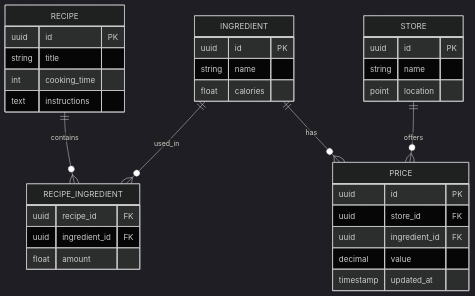
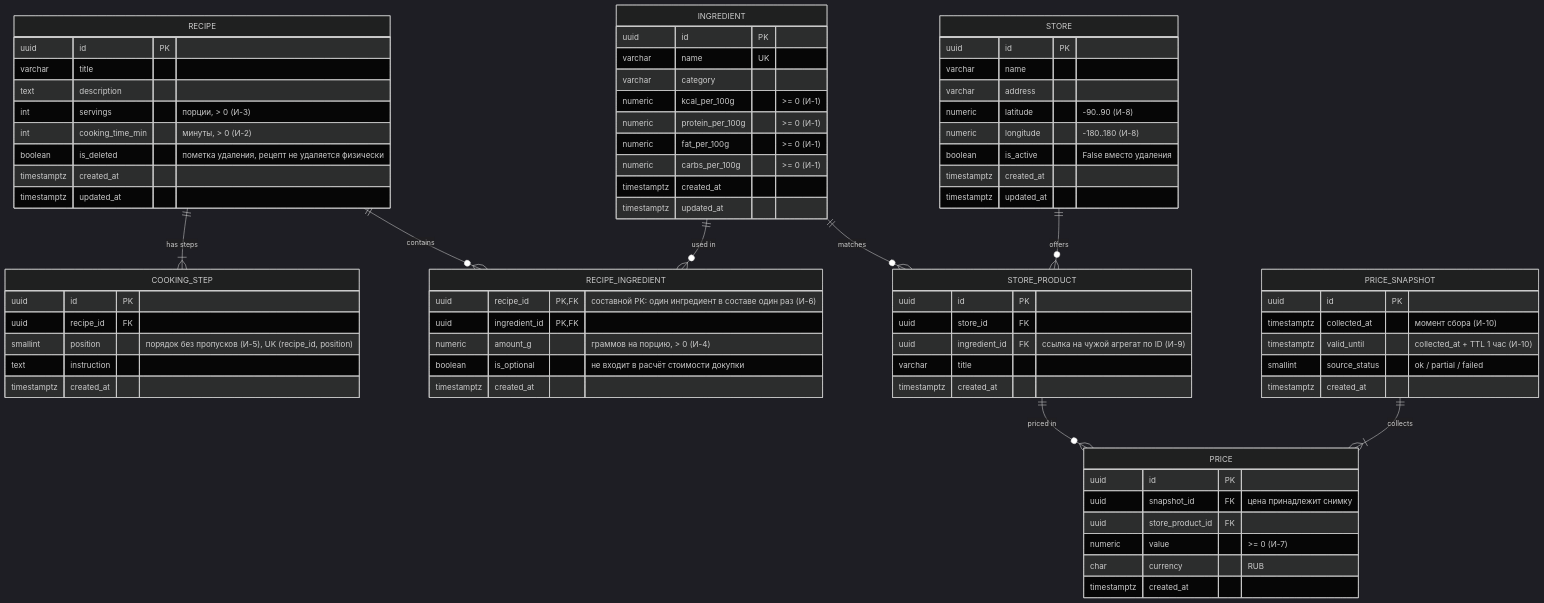
The diagram in docs/architecture/data/model.mmd (mixasa55/Vkusno-bez-tochki.), drawn with Mermaid (dark theme) before and after one commit. The commit also changed 24 other files, not shown here.

```diff
--- a/docs/architecture/data/model.mmd
+++ b/docs/architecture/data/model.mmd
@@ -1,34 +1,76 @@
 erDiagram
     RECIPE {
         uuid id PK
-        string title
-        int cooking_time
-        text instructions
+        varchar title
+        text description
+        int servings "порции, > 0 (И-3)"
+        int cooking_time_min "минуты, > 0 (И-2)"
+        boolean is_deleted "пометка удаления, рецепт не удаляется физически"
+        timestamptz created_at
+        timestamptz updated_at
+    }
+    COOKING_STEP {
+        uuid id PK
+        uuid recipe_id FK
+        smallint position "порядок без пропусков (И-5), UK (recipe_id, position)"
+        text instruction
+        timestamptz created_at
     }
     INGREDIENT {
         uuid id PK
-        string name
-        float calories
+        varchar name UK
+        varchar category
+        numeric kcal_per_100g ">= 0 (И-1)"
+        numeric protein_per_100g ">= 0 (И-1)"
+        numeric fat_per_100g ">= 0 (И-1)"
+        numeric carbs_per_100g ">= 0 (И-1)"
+        timestamptz created_at
+        timestamptz updated_at
     }
     RECIPE_INGREDIENT {
-        uuid recipe_id FK
-        uuid ingredient_id FK
-        float amount
+        uuid recipe_id PK,FK "составной PK: один ингредиент в составе один раз (И-6)"
+        uuid ingredient_id PK,FK
+        numeric amount_g "граммов на порцию, > 0 (И-4)"
+        boolean is_optional "не входит в расчёт стоимости докупки"
+        timestamptz created_at
     }
     STORE {
         uuid id PK
-        string name
-        point location
+        varchar name
+        varchar address
+        numeric latitude "-90..90 (И-8)"
+        numeric longitude "-180..180 (И-8)"
+        boolean is_active "False вместо удаления"
+        timestamptz created_at
+        timestamptz updated_at
+    }
+    STORE_PRODUCT {
+        uuid id PK
+        uuid store_id FK
+        uuid ingredient_id FK "ссылка на чужой агрегат по ID (И-9)"
+        varchar title
+        timestamptz created_at
+    }
+    PRICE_SNAPSHOT {
+        uuid id PK
+        timestamptz collected_at "момент сбора (И-10)"
+        timestamptz valid_until "collected_at + TTL 1 час (И-10)"
+        smallint source_status "ok / partial / failed"
+        timestamptz created_at
     }
     PRICE {
         uuid id PK
-        uuid store_id FK
-        uuid ingredient_id FK
-        decimal value
-        timestamp updated_at
+        uuid snapshot_id FK "цена принадлежит снимку"
+        uuid store_product_id FK
+        numeric value ">= 0 (И-7)"
+        char currency "RUB"
+        timestamptz created_at
     }
 
-    RECIPE ||--o{ RECIPE_INGREDIENT : contains
-    INGREDIENT ||--o{ RECIPE_INGREDIENT : used_in
-    INGREDIENT ||--o{ PRICE : has
-    STORE ||--o{ PRICE : offers
+    RECIPE ||--|{ COOKING_STEP : "has steps"
+    RECIPE ||--o{ RECIPE_INGREDIENT : "contains"
+    INGREDIENT ||--o{ RECIPE_INGREDIENT : "used in"
+    STORE ||--o{ STORE_PRODUCT : "offers"
+    INGREDIENT ||--o{ STORE_PRODUCT : "matches"
+    PRICE_SNAPSHOT ||--|{ PRICE : "collects"
+    STORE_PRODUCT ||--o{ PRICE : "priced in"
```
